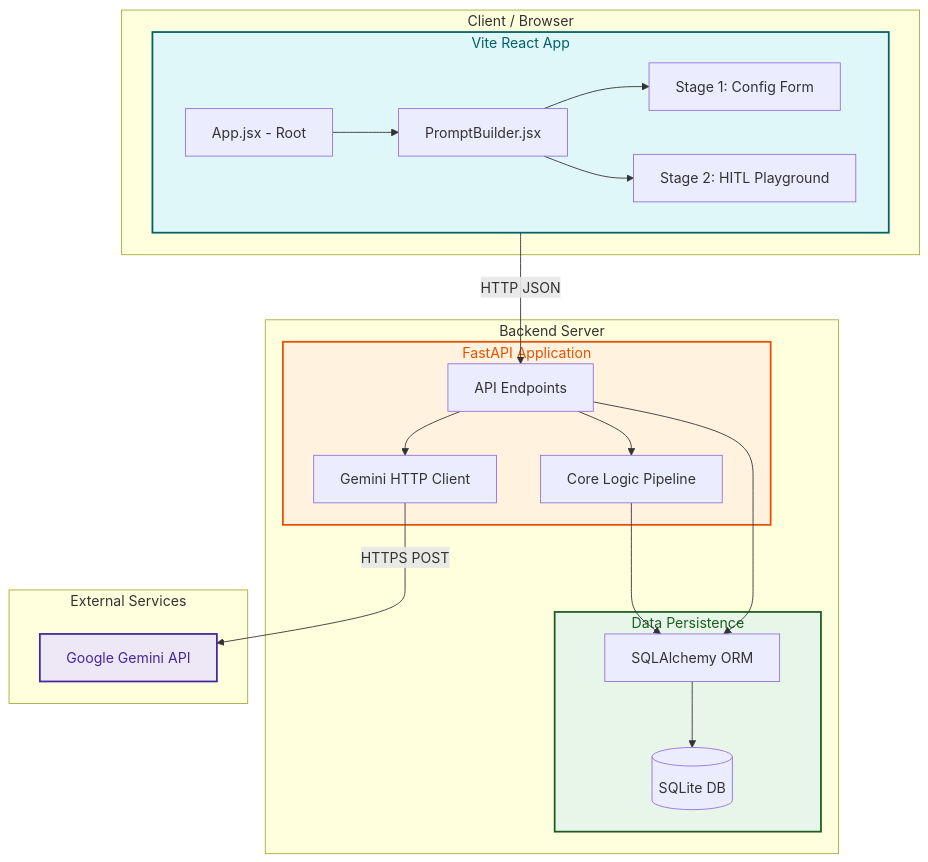
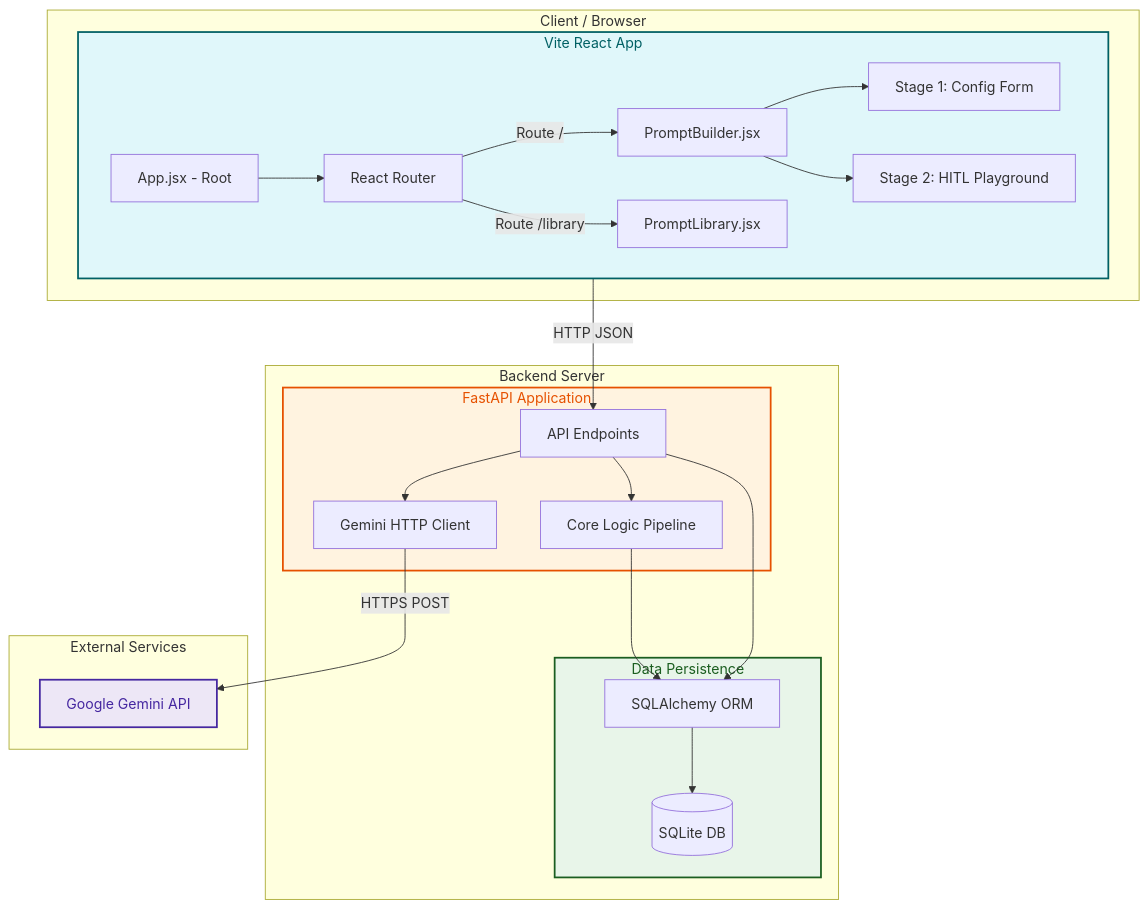
Before and after one commit to Rusewww/Prompt-Builder: the second of 2 diagrams in architecture_diagrams.md, drawn with Mermaid. The commit also changed other lines of this file, not shown here.

Commit message:
feat: add favorite and title fields to schema and implement routing for prompt library view

````diff
--- a/architecture_diagrams.md
+++ b/architecture_diagrams.md
@@ -44,54 +46,58 @@
 ```mermaid
 flowchart TD
     subgraph Client [Client / Browser]
         subgraph ReactApp [Vite React App]
             App[App.jsx - Root]
+            RouterLayer[React Router]
             UI[PromptBuilder.jsx]
+            Lib[PromptLibrary.jsx]
             S1[Stage 1: Config Form]
             S2[Stage 2: HITL Playground]
             
-            App --> UI
+            App --> RouterLayer
+            RouterLayer -->|Route /| UI
+            RouterLayer -->|Route /library| Lib
             UI --> S1
             UI --> S2
         end
     end
 
     subgraph Server [Backend Server]
         subgraph FastAPIApp [FastAPI Application]
             Router[API Endpoints]
             Pipeline[Core Logic Pipeline]
             GeminiClient[Gemini HTTP Client]
             
             Router --> Pipeline
             Router --> GeminiClient
         end
 
         subgraph DBLayer [Data Persistence]
             ORM[SQLAlchemy ORM]
             DB[(SQLite DB)]
             
             ORM --> DB
         end
     end
 
     subgraph External [External Services]
         Gemini[Google Gemini API]
     end
 
     %% Network Connections
     ReactApp -- HTTP JSON --> Router
     GeminiClient -- HTTPS POST --> Gemini
     Pipeline --> ORM
     Router --> ORM
     
     %% Styling
     classDef client fill:#E0F7FA,stroke:#006064,stroke-width:2px,color:#006064
     classDef server fill:#FFF3E0,stroke:#E65100,stroke-width:2px,color:#E65100
     classDef external fill:#EDE7F6,stroke:#4527A0,stroke-width:2px,color:#4527A0
     classDef database fill:#E8F5E9,stroke:#1B5E20,stroke-width:2px,color:#1B5E20
 
     class ReactApp client
     class FastAPIApp server
     class Gemini external
     class DBLayer database
 ```
````
